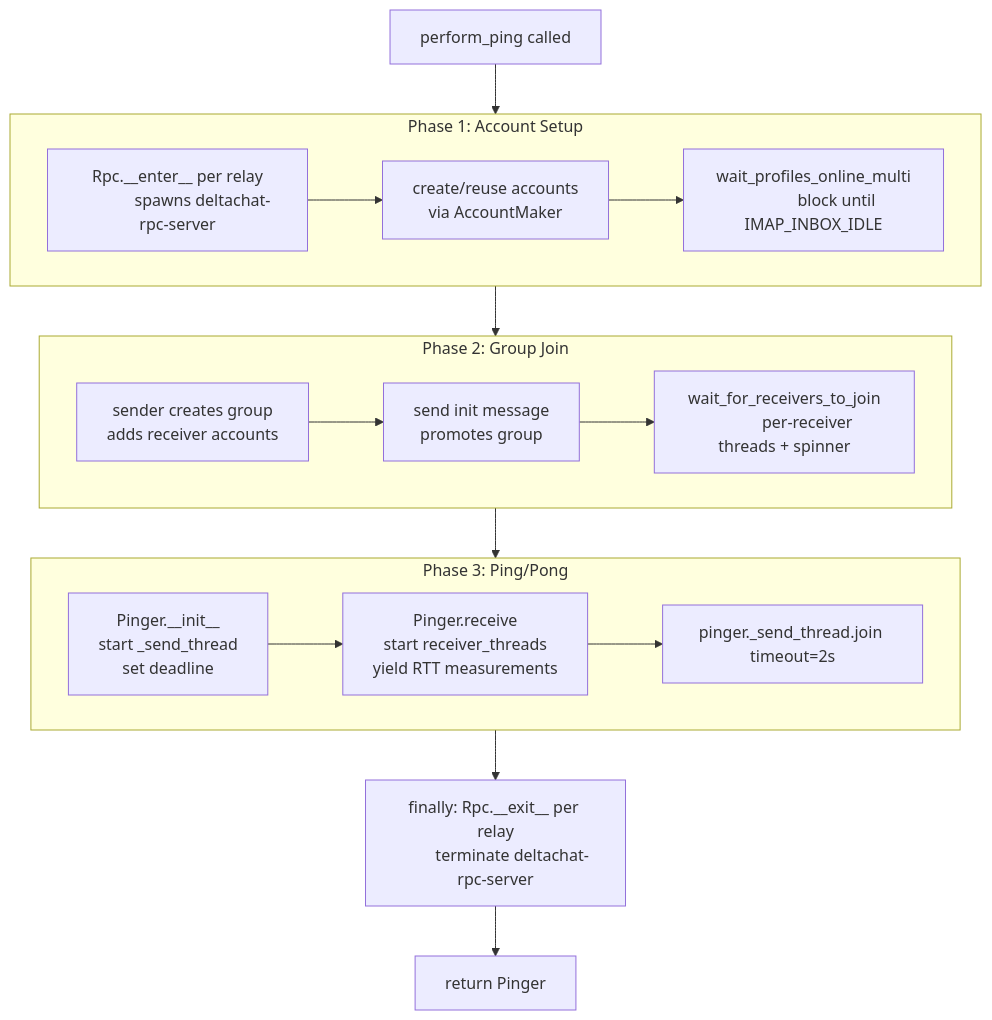
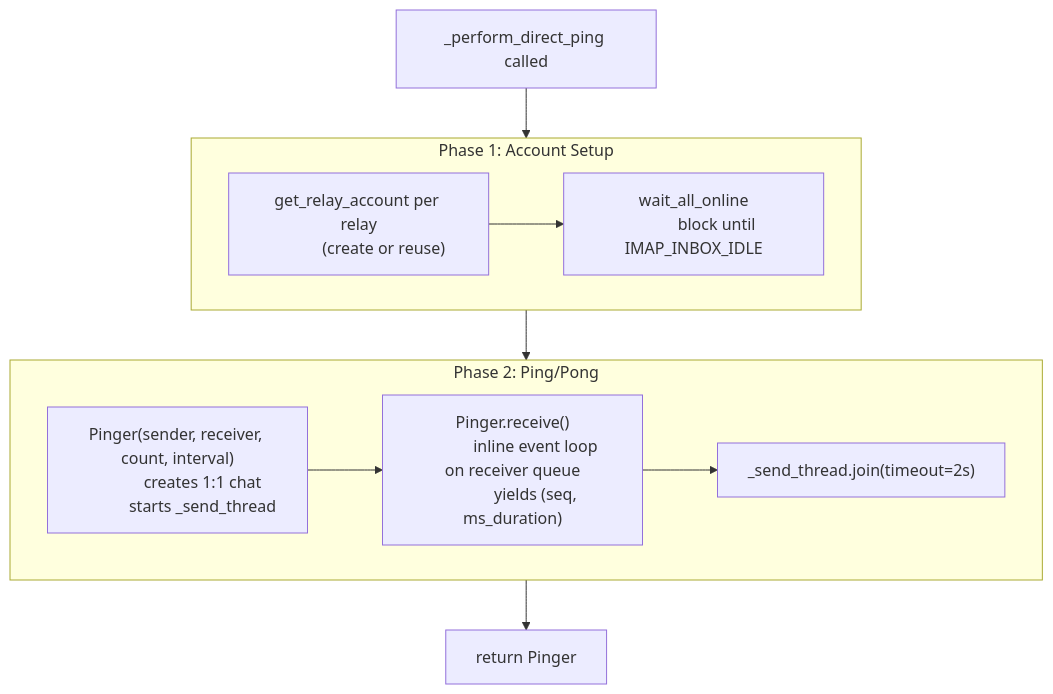
One commit to j4n/chatmail-prober changed the ninth of 9 diagrams in TECHNICAL.md. Above: the diagram before and after it, drawn with Mermaid. The commit also changed other lines of this file and 10 other files, not shown here.

First line of the commit message:
Vendor cmping direct-ping logic into chatmail_prober.prober

````diff
--- a/TECHNICAL.md
+++ b/TECHNICAL.md
@@ -544,43 +541,27 @@
 ```mermaid
 flowchart TD
-    A[perform_ping called] --> B
+    A[_perform_direct_ping called] --> B
 
     subgraph B["Phase 1: Account Setup"]
-        B1["Rpc.__enter__ per relay
-            spawns deltachat-rpc-server"]
-        B2["create/reuse accounts
-            via AccountMaker"]
-        B3["wait_profiles_online_multi
+        B1["get_relay_account per relay
+            (create or reuse)"]
+        B2["wait_all_online
             block until IMAP_INBOX_IDLE"]
-        B1 --> B2 --> B3
+        B1 --> B2
     end
 
-    B --> C
+    B --> D
 
-    subgraph C["Phase 2: Group Join"]
-        C1["sender creates group
-            adds receiver accounts"]
-        C2["send init message
-            promotes group"]
-        C3["wait_for_receivers_to_join
-            per-receiver threads + spinner"]
-        C1 --> C2 --> C3
-    end
-
-    C --> D
-
-    subgraph D["Phase 3: Ping/Pong"]
-        D1["Pinger.__init__
-            start _send_thread
-            set deadline"]
-        D2["Pinger.receive
-            start receiver_threads
-            yield RTT measurements"]
-        D3["pinger._send_thread.join timeout=2s"]
+    subgraph D["Phase 2: Ping/Pong"]
+        D1["Pinger(sender, receiver, count, interval)
+            creates 1:1 chat
+            starts _send_thread"]
+        D2["Pinger.receive()
+            inline event loop on receiver queue
+            yields (seq, ms_duration)"]
+        D3["_send_thread.join(timeout=2s)"]
         D1 --> D2 --> D3
     end
 
-    D --> E["finally: Rpc.__exit__ per relay
-        terminate deltachat-rpc-server"]
-    E --> F[return Pinger]
+    D --> F[return Pinger]
 ```
````
